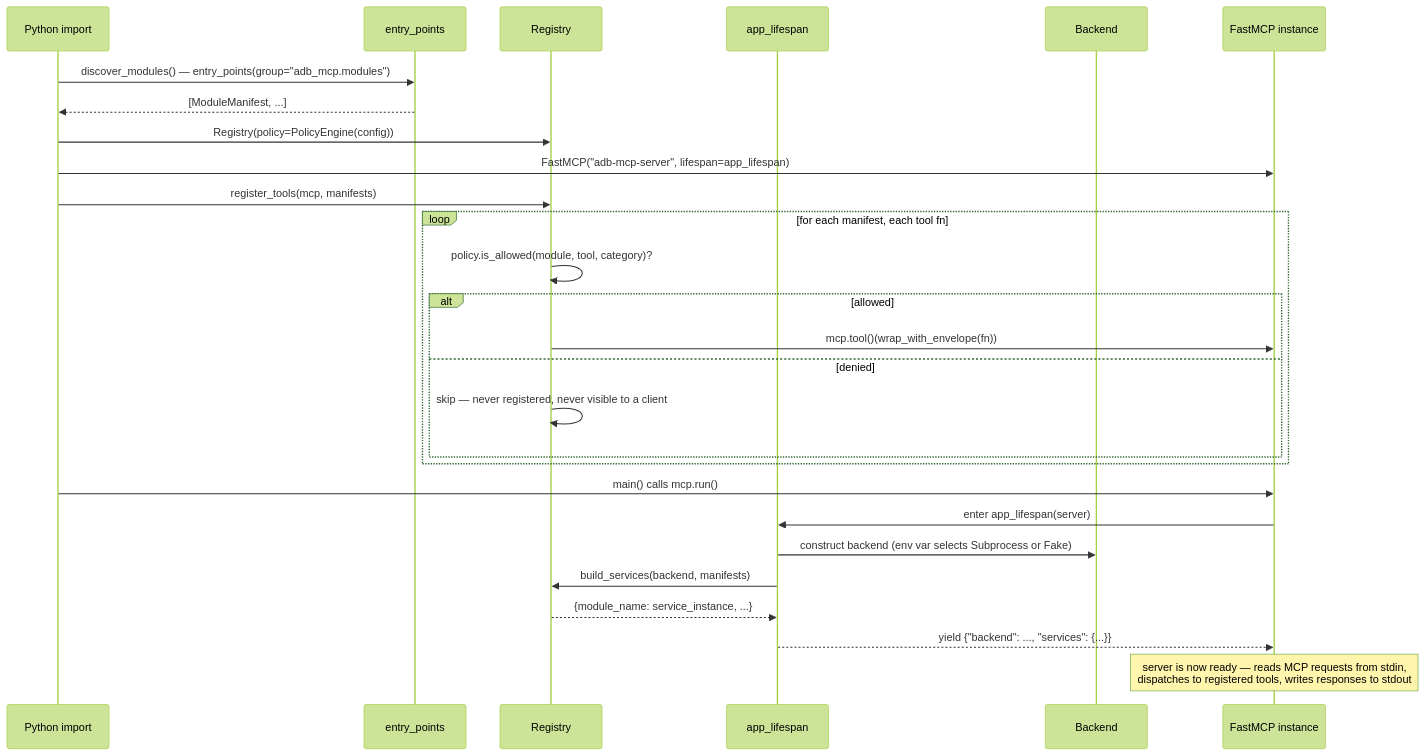
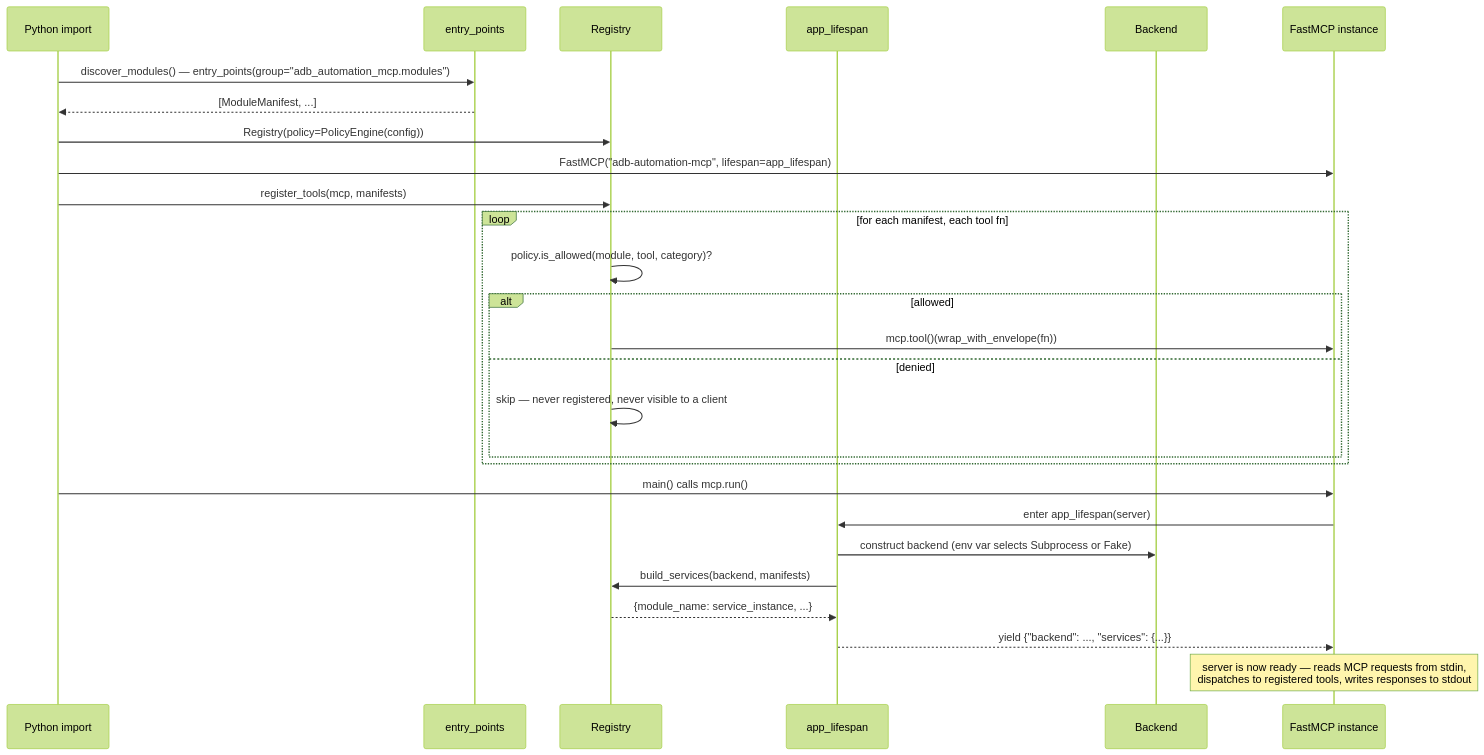
One commit to allaudin/adb-automation-mcp changed the second of 7 diagrams in docs/ARCHITECTURE.md. Above: the diagram before and after it, drawn with Mermaid (forest theme). The commit also changed other lines of this file and 246 other files, not shown here.

First line of the commit message:
rename: android-adb-mcp -> adb-automation-mcp

````diff
--- a/docs/ARCHITECTURE.md
+++ b/docs/ARCHITECTURE.md
@@ -135,30 +135,30 @@
 ```mermaid
 sequenceDiagram
     participant Py as Python import
     participant EP as entry_points
     participant Reg as Registry
     participant Life as app_lifespan
     participant BE as Backend
     participant MCP as FastMCP instance
 
-    Py->>EP: discover_modules() — entry_points(group="adb_mcp.modules")
+    Py->>EP: discover_modules() — entry_points(group="adb_automation_mcp.modules")
     EP-->>Py: [ModuleManifest, ...]
     Py->>Reg: Registry(policy=PolicyEngine(config))
-    Py->>MCP: FastMCP("adb-mcp-server", lifespan=app_lifespan)
+    Py->>MCP: FastMCP("adb-automation-mcp", lifespan=app_lifespan)
     Py->>Reg: register_tools(mcp, manifests)
     loop for each manifest, each tool fn
         Reg->>Reg: policy.is_allowed(module, tool, category)?
         alt allowed
             Reg->>MCP: mcp.tool()(wrap_with_envelope(fn))
         else denied
             Reg->>Reg: skip — never registered, never visible to a client
         end
     end
     Py->>MCP: main() calls mcp.run()
     MCP->>Life: enter app_lifespan(server)
     Life->>BE: construct backend (env var selects Subprocess or Fake)
     Life->>Reg: build_services(backend, manifests)
     Reg-->>Life: {module_name: service_instance, ...}
     Life-->>MCP: yield {"backend": ..., "services": {...}}
     Note over MCP: server is now ready — reads MCP requests from stdin,<br/>dispatches to registered tools, writes responses to stdout
 ```
````
